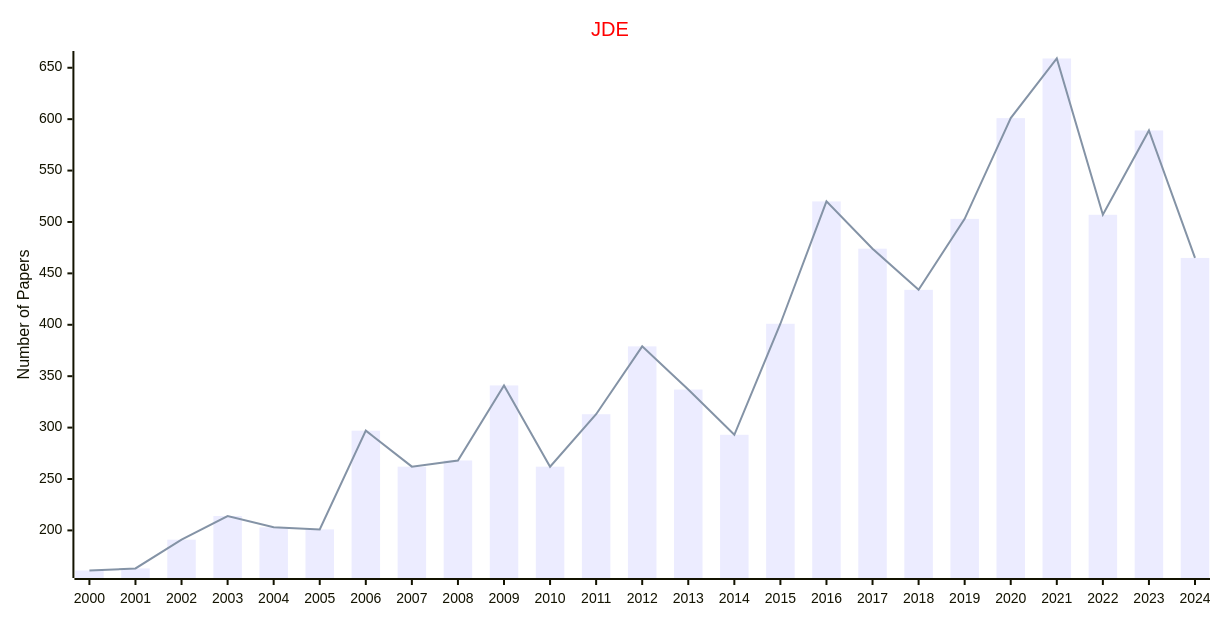
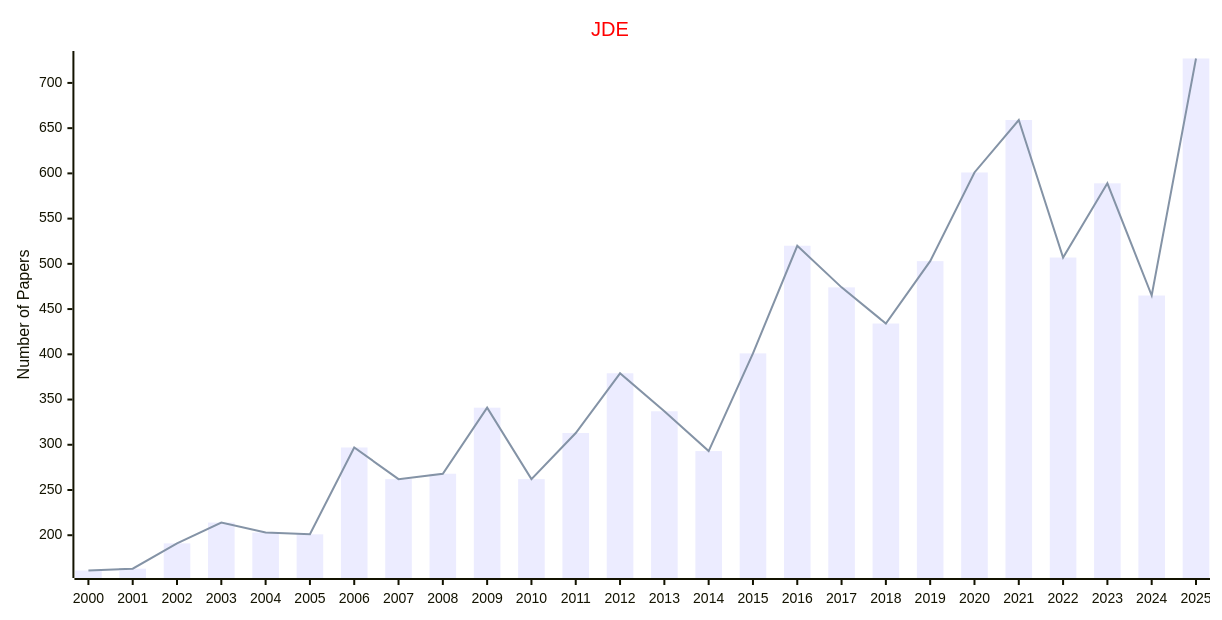
One commit to Easy-PhD/AILinks changed the diagram in docs/data/Journals/Statistics_Journals/Differential_Equations.md. Above: the diagram before and after it, drawn with Mermaid. The commit also changed 107 other files, not shown here.

````diff
--- a/docs/data/Journals/Statistics_Journals/Differential_Equations.md
+++ b/docs/data/Journals/Statistics_Journals/Differential_Equations.md
@@ -9,17 +9,17 @@
 ```mermaid
 ---
 config:
     xyChart:
         width: 1200
         height: 600
     themeVariables:
         xyChart:
             titleColor: "#ff0000"
 ---
 xychart-beta
     title "JDE"
-    x-axis [2000, 2001, 2002, 2003, 2004, 2005, 2006, 2007, 2008, 2009, 2010, 2011, 2012, 2013, 2014, 2015, 2016, 2017, 2018, 2019, 2020, 2021, 2022, 2023, 2024]
+    x-axis [2000, 2001, 2002, 2003, 2004, 2005, 2006, 2007, 2008, 2009, 2010, 2011, 2012, 2013, 2014, 2015, 2016, 2017, 2018, 2019, 2020, 2021, 2022, 2023, 2024, 2025]
     y-axis "Number of Papers"
-    bar [161, 163, 191, 214, 203, 201, 297, 262, 268, 341, 262, 313, 379, 337, 293, 401, 520, 474, 434, 503, 601, 659, 507, 589, 465]
-    line [161, 163, 191, 214, 203, 201, 297, 262, 268, 341, 262, 313, 379, 337, 293, 401, 520, 474, 434, 503, 601, 659, 507, 589, 465]
+    bar [161, 163, 191, 214, 203, 201, 297, 262, 268, 341, 262, 313, 379, 337, 293, 401, 520, 474, 434, 503, 601, 659, 507, 589, 465, 727]
+    line [161, 163, 191, 214, 203, 201, 297, 262, 268, 341, 262, 313, 379, 337, 293, 401, 520, 474, 434, 503, 601, 659, 507, 589, 465, 727]
 ```
````
